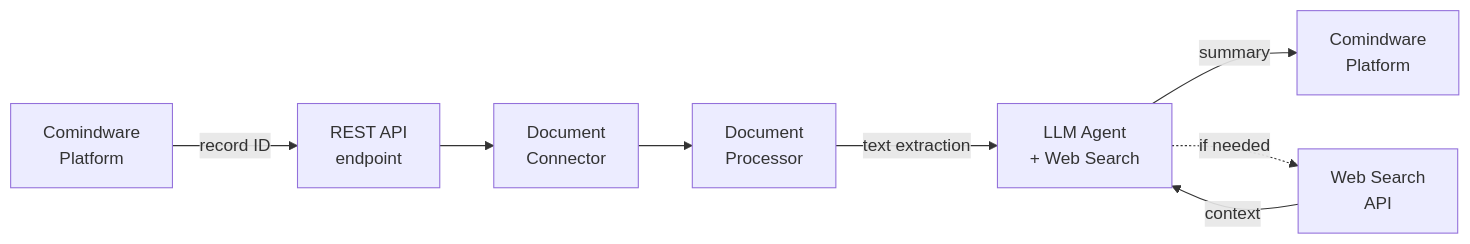
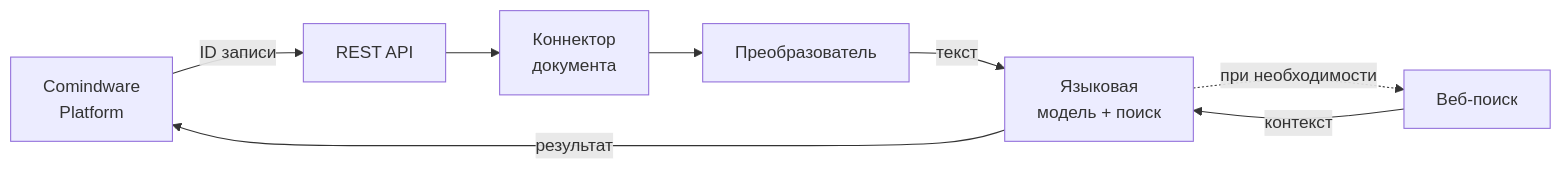
One commit to arterm-sedov/cmw-rag changed the diagram in docs/research/executive-research-technology-transfer/report-pack/20260420-document-agent-architecture-ru.md. Above: the diagram before and after it, drawn with Mermaid. The commit also changed other lines of this file and 1 other file, not shown here.

Commit message:
docs: finalize document agent architecture report — active voice, SCQA consistency, Comindware Platform terminology

````diff
--- a/docs/research/executive-research-technology-transfer/report-pack/20260420-document-agent-architecture-ru.md
+++ b/docs/research/executive-research-technology-transfer/report-pack/20260420-document-agent-architecture-ru.md
@@ -48,11 +47,11 @@
 ```mermaid
 graph LR
-    A[Comindware<br/>Platform] -->|record ID| B[REST API<br/>endpoint]
-    B --> C[Document<br/>Connector]
-    C --> D[Document<br/>Processor]
-    D -->|text extraction| E[LLM Agent<br/>+ Web Search]
-    E -->|summary| F[Comindware<br/>Platform]
+    A[Comindware<br/>Platform] -->|ID записи| B[REST API]
+    B --> C[Коннектор<br/>документа]
+    C --> D[Преобразователь]
+    D -->|текст| E[Языковая<br/>модель + поиск]
+    E -->|результат| A
     
-    E -.->|if needed| G[Web Search<br/>API]
-    G -->|context| E
+    E -.->|при необходимости| G[Веб-поиск]
+    G -->|контекст| E
 ```
````
